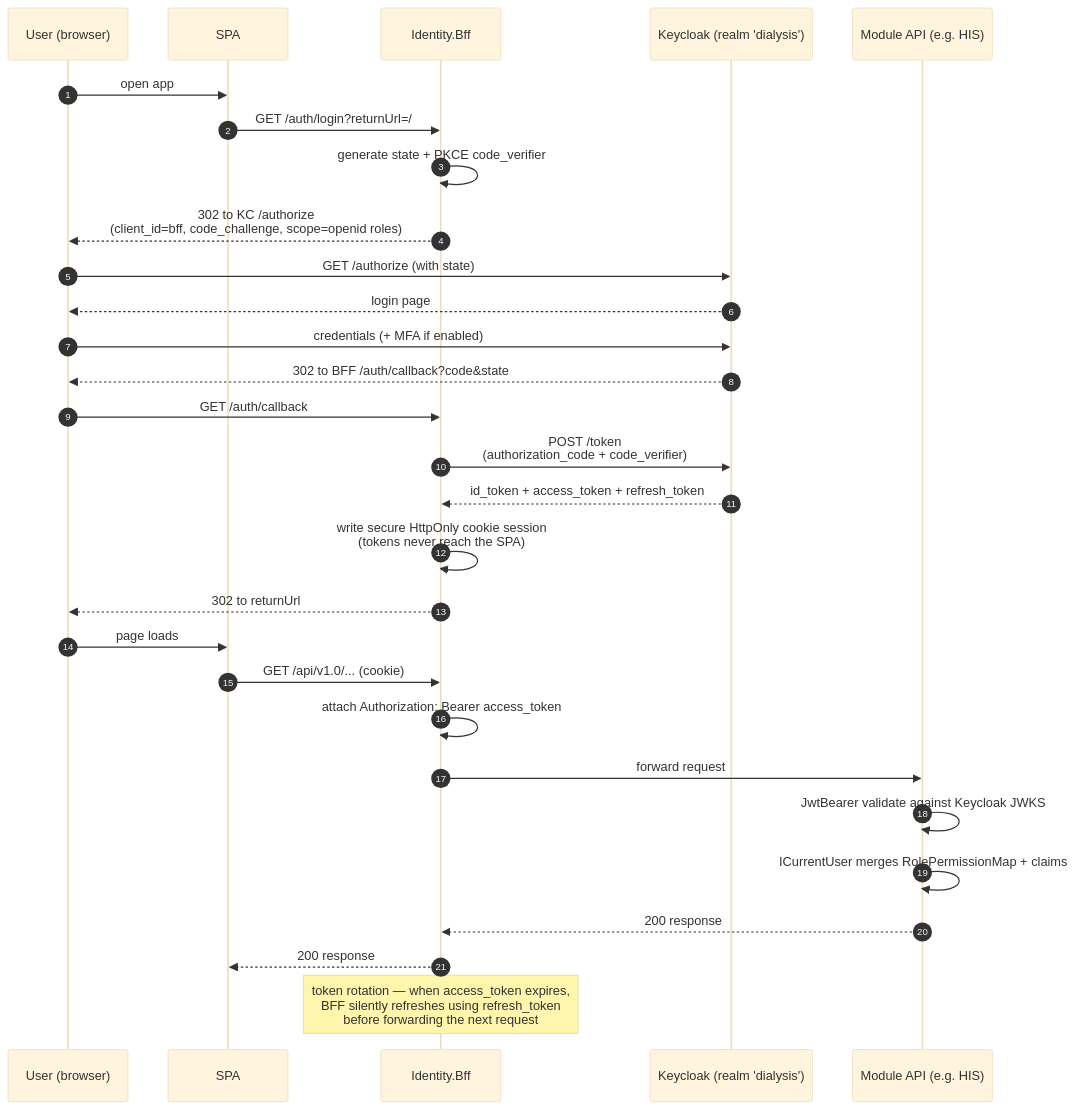
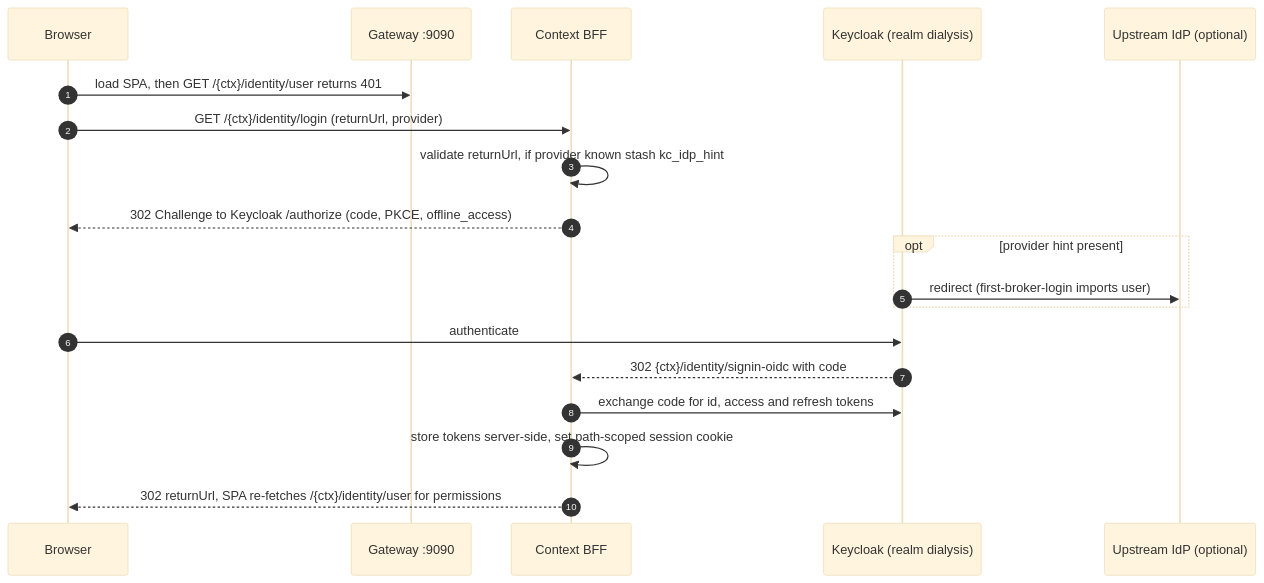
The second of 3 diagrams in src/backend/Identity/ARCHITECTURE.md (Ahmed-Shehzad/Dialysis), drawn with Mermaid (base theme) before and after one commit. The commit also changed other lines of this file and 75 other files, not shown here.

````diff
--- a/src/backend/Identity/ARCHITECTURE.md
+++ b/src/backend/Identity/ARCHITECTURE.md
@@ -94,33 +95,22 @@
 ```mermaid
 sequenceDiagram
     autonumber
-    participant User as User (browser)
-    participant SPA as SPA
-    participant BFF as Identity.Bff
-    participant KC as Keycloak (realm 'dialysis')
-    participant Mod as Module API (e.g. HIS)
+    participant B as Browser
+    participant GW as Gateway :9090
+    participant BFF as Context BFF
+    participant KC as Keycloak (realm dialysis)
+    participant IDP as Upstream IdP (optional)
 
-    User->>SPA: open app
-    SPA->>BFF: GET /auth/login?returnUrl=/
-    BFF->>BFF: generate state + PKCE code_verifier
-    BFF-->>User: 302 to KC /authorize<br/>(client_id=bff, code_challenge, scope=openid roles)
-    User->>KC: GET /authorize (with state)
-    KC-->>User: login page
-    User->>KC: credentials (+ MFA if enabled)
-    KC-->>User: 302 to BFF /auth/callback?code&state
-    User->>BFF: GET /auth/callback
-    BFF->>KC: POST /token<br/>(authorization_code + code_verifier)
-    KC-->>BFF: id_token + access_token + refresh_token
-    BFF->>BFF: write secure HttpOnly cookie session<br/>(tokens never reach the SPA)
-    BFF-->>User: 302 to returnUrl
-    User->>SPA: page loads
-    SPA->>BFF: GET /api/v1.0/... (cookie)
-    BFF->>BFF: attach Authorization: Bearer access_token
-    BFF->>Mod: forward request
-    Mod->>Mod: JwtBearer validate against Keycloak JWKS
-    Mod->>Mod: ICurrentUser merges RolePermissionMap + claims
-    Mod-->>BFF: 200 response
-    BFF-->>SPA: 200 response
-
-    Note over BFF: token rotation — when access_token expires,<br/>BFF silently refreshes using refresh_token<br/>before forwarding the next request
+    B->>GW: load SPA, then GET /{ctx}/identity/user returns 401
+    B->>BFF: GET /{ctx}/identity/login (returnUrl, provider)
+    BFF->>BFF: validate returnUrl, if provider known stash kc_idp_hint
+    BFF-->>B: 302 Challenge to Keycloak /authorize (code, PKCE, offline_access)
+    opt provider hint present
+        KC->>IDP: redirect (first-broker-login imports user)
+    end
+    B->>KC: authenticate
+    KC-->>BFF: 302 {ctx}/identity/signin-oidc with code
+    BFF->>KC: exchange code for id, access and refresh tokens
+    BFF->>BFF: store tokens server-side, set path-scoped session cookie
+    BFF-->>B: 302 returnUrl, SPA re-fetches /{ctx}/identity/user for permissions
 ```
````
